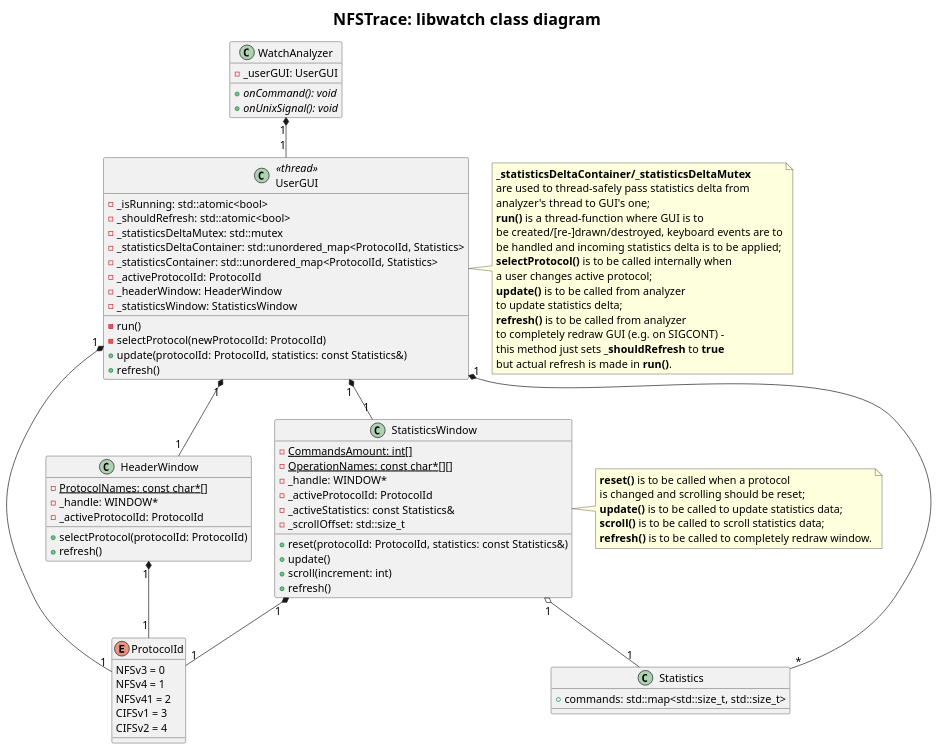
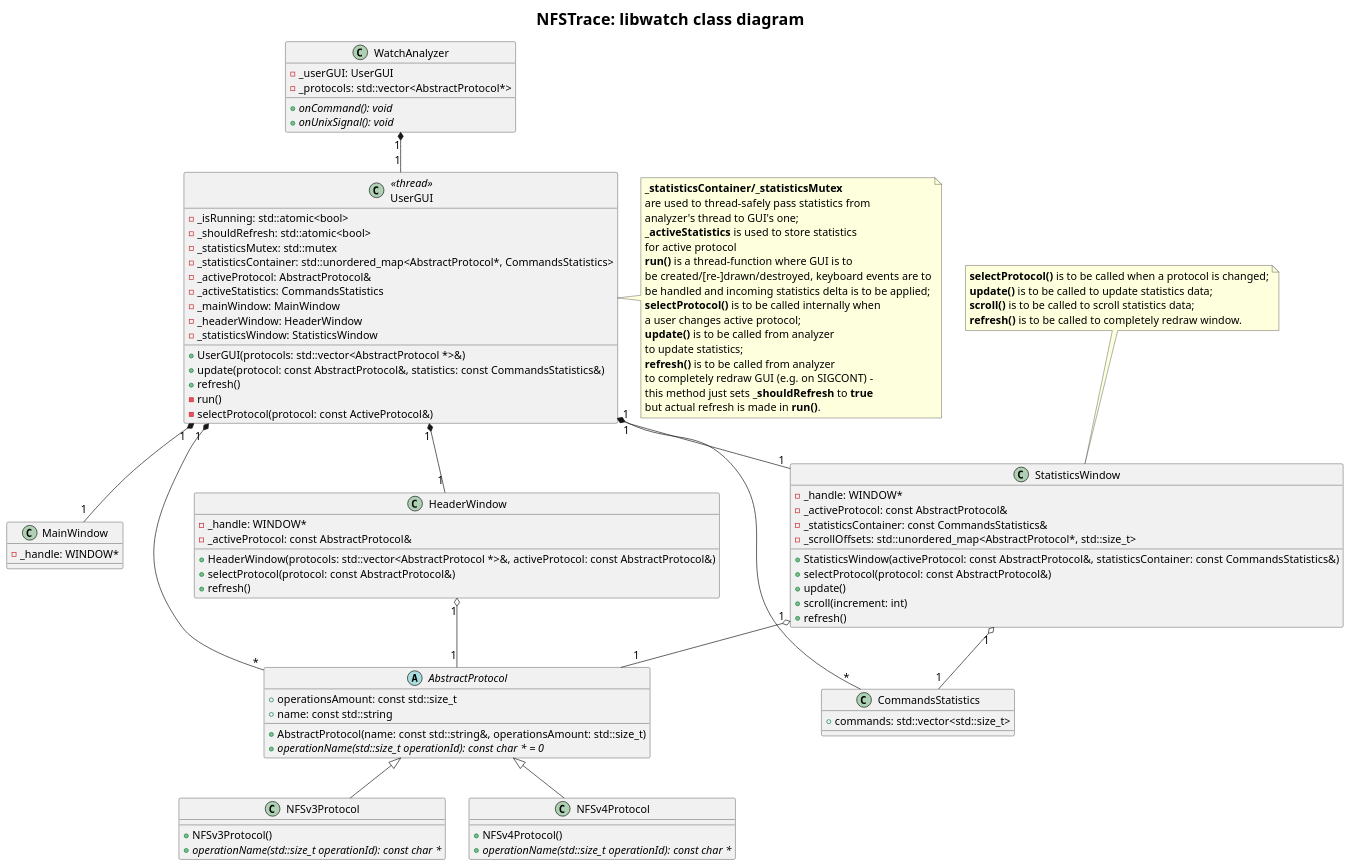
One commit to epam/nfstrace changed the diagram in docs/design/libwatch/class_diagram.plantuml. Above: the diagram before and after it, drawn with PlantUML.

Commit message:
Class diagram for libwatch has been updated

```diff
--- a/docs/design/libwatch/class_diagram.plantuml
+++ b/docs/design/libwatch/class_diagram.plantuml
@@ -1,93 +1,113 @@
 @startuml
 skinparam titleFontSize 24
 skinparam defaultFontSize 16
 title NFSTrace: libwatch class diagram
 
-enum ProtocolId {
-  NFSv3 = 0
-  NFSv4 = 1
-  NFSv41 = 2
-  CIFSv1 = 3
-  CIFSv2 = 4
+abstract class AbstractProtocol {
+  + operationsAmount: const std::size_t
+  + name: const std::string
+  + AbstractProtocol(name: const std::string&, operationsAmount: std::size_t)
+  + {abstract} operationName(std::size_t operationId): const char * = 0
 }
 
-class Statistics {
-  + commands: std::map<std::size_t, std::size_t>
+class NFSv3Protocol {
+  + NFSv3Protocol()
+  + {abstract} operationName(std::size_t operationId): const char *
+}
+
+class NFSv4Protocol {
+  + NFSv4Protocol()
+  + {abstract} operationName(std::size_t operationId): const char *
+}
+
+AbstractProtocol <|-- NFSv3Protocol
+AbstractProtocol <|-- NFSv4Protocol
+
+class CommandsStatistics {
+  + commands: std::vector<std::size_t>
 }
 
 class WatchAnalyzer {
   - _userGUI: UserGUI
+  - _protocols: std::vector<AbstractProtocol*>
   + {abstract} onCommand(): void
   + {abstract} onUnixSignal(): void
 }
 
 class UserGUI << thread >> {
   - _isRunning: std::atomic<bool>
   - _shouldRefresh: std::atomic<bool>
-  - _statisticsDeltaMutex: std::mutex
-  - _statisticsDeltaContainer: std::unordered_map<ProtocolId, Statistics>
-  - _statisticsContainer: std::unordered_map<ProtocolId, Statistics>
-  - _activeProtocolId: ProtocolId
+  - _statisticsMutex: std::mutex
+  - _statisticsContainer: std::unordered_map<AbstractProtocol*, CommandsStatistics>
+  - _activeProtocol: AbstractProtocol&
+  - _activeStatistics: CommandsStatistics
+  - _mainWindow: MainWindow
   - _headerWindow: HeaderWindow
   - _statisticsWindow: StatisticsWindow
+  + UserGUI(protocols: std::vector<AbstractProtocol *>&)
+  + update(protocol: const AbstractProtocol&, statistics: const CommandsStatistics&)
+  + refresh()
   - run()
-  - selectProtocol(newProtocolId: ProtocolId)
-  + update(protocolId: ProtocolId, statistics: const Statistics&)
-  + refresh()
+  - selectProtocol(protocol: const ActiveProtocol&)
 }
 
 note right of UserGUI
-  <b>_statisticsDeltaContainer/_statisticsDeltaMutex</b>
-  are used to thread-safely pass statistics delta from
+  <b>_statisticsContainer/_statisticsMutex</b>
+  are used to thread-safely pass statistics from
   analyzer's thread to GUI's one;
+  <b>_activeStatistics</b> is used to store statistics
+  for active protocol
   <b>run()</b> is a thread-function where GUI is to
   be created/[re-]drawn/destroyed, keyboard events are to
   be handled and incoming statistics delta is to be applied;
   <b>selectProtocol()</b> is to be called internally when
   a user changes active protocol;
   <b>update()</b> is to be called from analyzer
-  to update statistics delta;
+  to update statistics;
   <b>refresh()</b> is to be called from analyzer
   to completely redraw GUI (e.g. on SIGCONT) -
   this method just sets <b>_shouldRefresh</b> to <b>true</b>
   but actual refresh is made in <b>run()</b>.
 end note
 
+class MainWindow {
+  - _handle: WINDOW*
+}
+
 class HeaderWindow {
-  - {static} ProtocolNames: const char*[]
   - _handle: WINDOW*
-  - _activeProtocolId: ProtocolId
-  + selectProtocol(protocolId: ProtocolId)
+  - _activeProtocol: const AbstractProtocol&
+  + HeaderWindow(protocols: std::vector<AbstractProtocol *>&, activeProtocol: const AbstractProtocol&)
+  + selectProtocol(protocol: const AbstractProtocol&)
   + refresh()
 }
 
 class StatisticsWindow {
-  - {static} CommandsAmount: int[]
-  - {static} OperationNames: const char*[][]
   - _handle: WINDOW*
-  - _activeProtocolId: ProtocolId
-  - _activeStatistics: const Statistics&
-  - _scrollOffset: std::size_t
-  + reset(protocolId: ProtocolId, statistics: const Statistics&)
+  - _activeProtocol: const AbstractProtocol&
+  - _statisticsContainer: const CommandsStatistics&
+  - _scrollOffsets: std::unordered_map<AbstractProtocol*, std::size_t>
+  + StatisticsWindow(activeProtocol: const AbstractProtocol&, statisticsContainer: const CommandsStatistics&)
+  + selectProtocol(protocol: const AbstractProtocol&)
   + update()
   + scroll(increment: int)
   + refresh()
 }
 
-note right of StatisticsWindow
-  <b>reset()</b> is to be called when a protocol
-  is changed and scrolling should be reset;
+note top of StatisticsWindow
+  <b>selectProtocol()</b> is to be called when a protocol is changed;
   <b>update()</b> is to be called to update statistics data;
   <b>scroll()</b> is to be called to scroll statistics data;
   <b>refresh()</b> is to be called to completely redraw window.
 end note
 
 WatchAnalyzer "1" *-- "1" UserGUI
+UserGUI "1" *-- "*" AbstractProtocol
+UserGUI "1" *-- "1" MainWindow
 UserGUI "1" *-- "1" HeaderWindow
 UserGUI "1" *-- "1" StatisticsWindow
-UserGUI "1" *-- "1" ProtocolId
-UserGUI "1" *-- "*" Statistics
-HeaderWindow "1" *-- "1" ProtocolId
-StatisticsWindow "1" o-- "1" Statistics
-StatisticsWindow "1" *-- "1" ProtocolId
+UserGUI "1" *-- "*" CommandsStatistics
+HeaderWindow "1" o-- "1" AbstractProtocol
+StatisticsWindow "1" o-- "1" CommandsStatistics
+StatisticsWindow "1" o-- "1" AbstractProtocol
 @enduml
```
